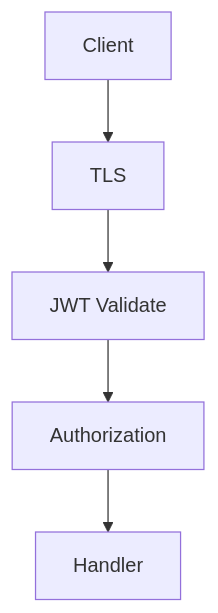
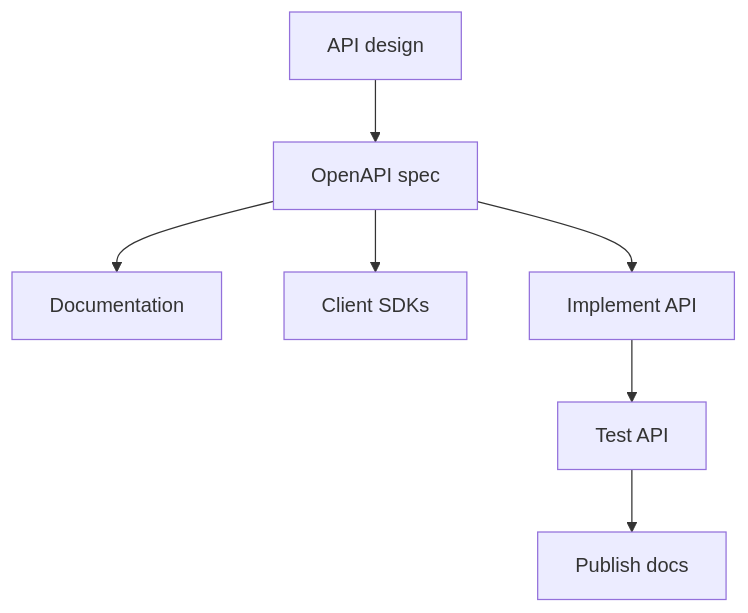
Diagram 20 of 33 in 07-api-design/README.md (hareramcse/SystemDesign), drawn with Mermaid before and after one commit. The commit also changed other lines of this file, not shown here.

````diff
--- a/07-api-design/README.md
+++ b/07-api-design/README.md
@@ -1210,7 +2495,9 @@
 ```mermaid
 flowchart TB
-    Client --> TLS[TLS]
-    TLS --> Auth[JWT Validate]
-    Auth --> AuthZ[Authorization]
-    AuthZ --> API[Handler]
+    D[API design] --> S[OpenAPI spec]
+    S --> Doc[Documentation]
+    S --> SDK[Client SDKs]
+    S --> Impl[Implement API]
+    Impl --> T[Test API]
+    T --> Pub[Publish docs]
 ```
````
